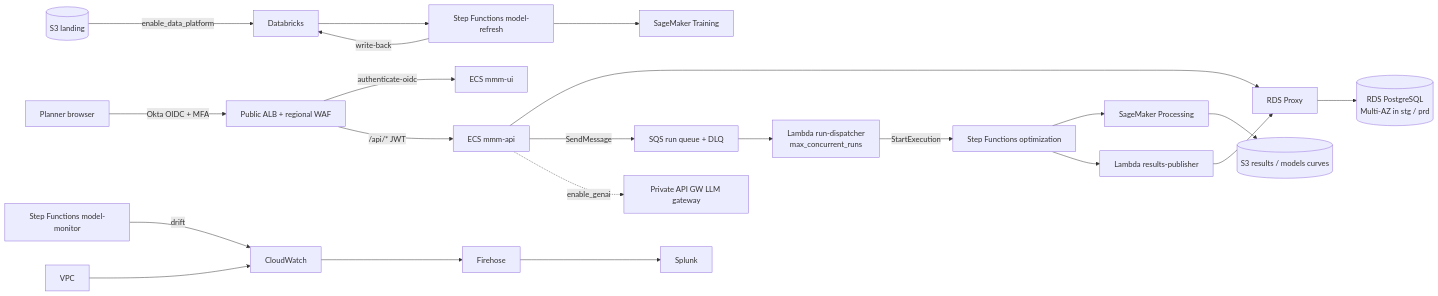
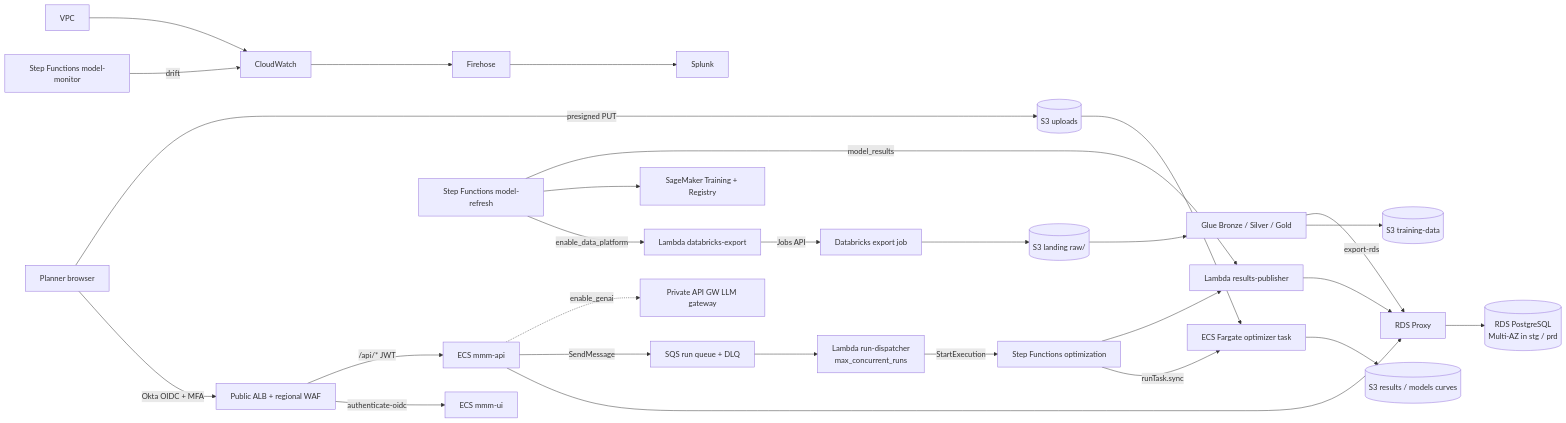
The diagram in README.md (Yashwanth-wbd/wbd-aws-devops), drawn with Mermaid before and after one commit. The commit also changed other lines of this file and 116 other files, not shown here.

First line of the commit message:
Implement requirement 4 (WBD_MMM_Architecture_4): Glue lakehouse, Databricks export, ECS optimizer, uploads

````diff
--- a/README.md
+++ b/README.md
@@ -35,21 +39,27 @@
 ```mermaid
 flowchart LR
   user[Planner browser] -->|Okta OIDC + MFA| alb[Public ALB + regional WAF]
   alb -->|authenticate-oidc| ui[ECS mmm-ui]
   alb -->|/api/* JWT| api[ECS mmm-api]
   api --> proxy[RDS Proxy] --> rds[(RDS PostgreSQL<br/>Multi-AZ in stg / prd)]
   api -->|SendMessage| sqs[SQS run queue + DLQ]
   sqs --> disp[Lambda run-dispatcher<br/>max_concurrent_runs]
   disp -->|StartExecution| sfn[Step Functions optimization]
-  sfn --> sm[SageMaker Processing]
-  sm --> s3res[(S3 results / models curves)]
+  user -->|presigned PUT| up[(S3 uploads)]
+  sfn -->|runTask.sync| opt[ECS Fargate optimizer task]
+  up --> opt
+  opt --> s3res[(S3 results / models curves)]
   sfn --> pub[Lambda results-publisher]
   pub --> proxy
-  land[(S3 landing)] -->|enable_data_platform| dbx[Databricks]
-  dbx --> refresh[Step Functions model-refresh]
-  refresh --> train[SageMaker Training]
-  refresh -->|write-back| dbx
+  refresh[Step Functions model-refresh] -->|enable_data_platform| exp[Lambda databricks-export]
+  exp -->|Jobs API| dbx[Databricks export job]
+  dbx --> land[(S3 landing raw/)]
+  land --> glue[Glue Bronze / Silver / Gold]
+  glue --> td[(S3 training-data)]
+  glue -->|export-rds| proxy
+  refresh --> train[SageMaker Training + Registry]
+  refresh -->|model_results| pub
   monitor[Step Functions model-monitor] -->|drift| cw
   vpc[VPC] --> cw[CloudWatch] --> fh[Firehose] --> splunk[Splunk]
   api -. enable_genai .-> llm[Private API GW LLM gateway]
 ```
````
